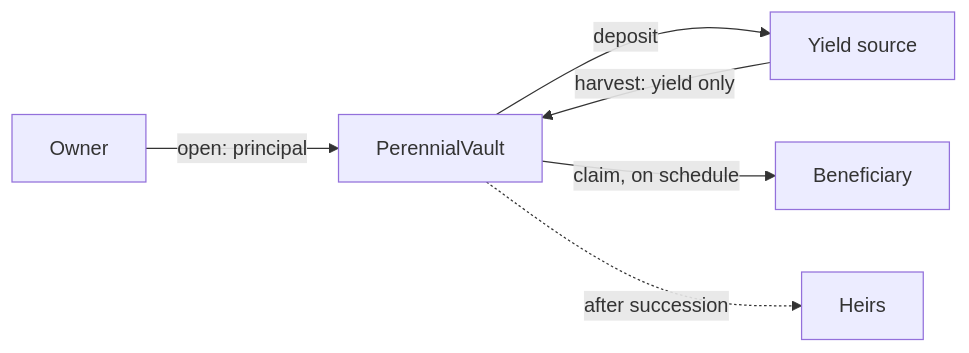
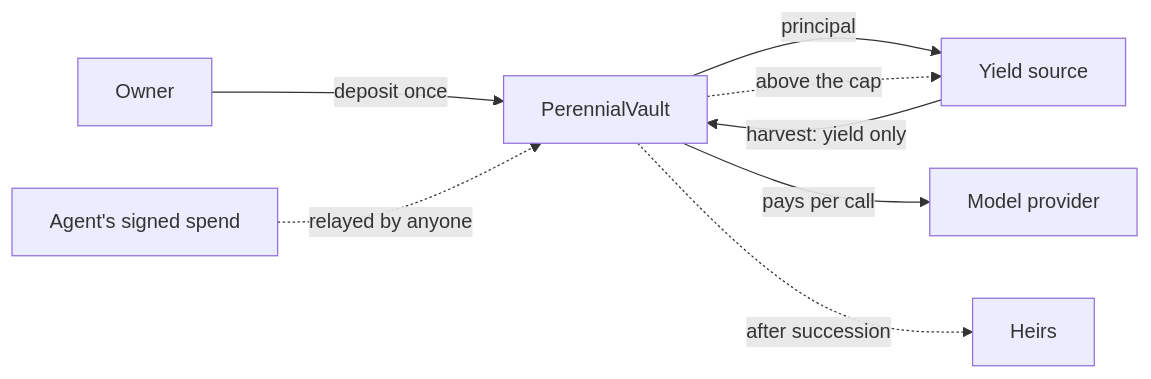
The diagram in README.md (raldblox/perennial), drawn with Mermaid before and after one commit. The commit also changed other lines of this file, not shown here.

First line of the commit message:
docs: lead the README with funding an agent's inference

````diff
--- a/README.md
+++ b/README.md
@@ -47,8 +39,10 @@
 ```mermaid
 flowchart LR
-    O[Owner] -->|open: principal| V[PerennialVault]
-    V -->|deposit| S[Yield source]
+    O[Owner] -->|deposit once| V[PerennialVault]
+    V -->|principal| S[Yield source]
     S -->|harvest: yield only| V
-    V -->|claim, on schedule| B[Beneficiary]
+    A[Agent's signed spend] -.->|relayed by anyone| V
+    V -->|pays per call| M[Model provider]
+    V -.->|above the cap| S
     V -.->|after succession| H[Heirs]
 ```
````
